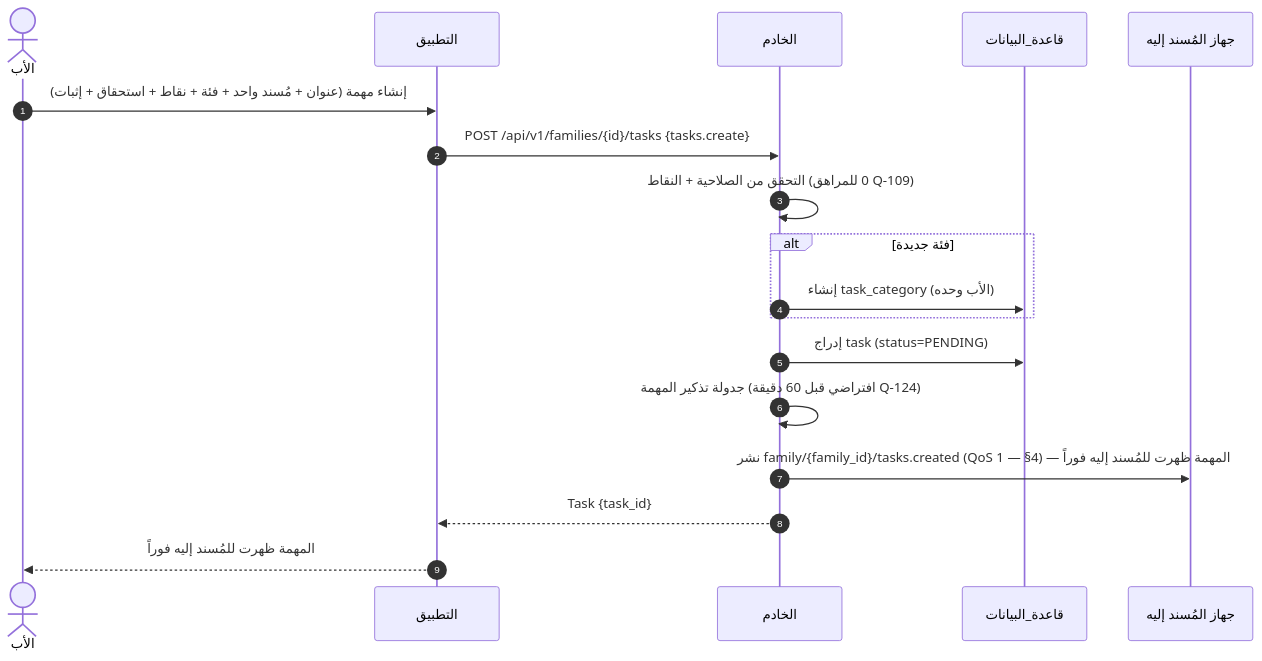
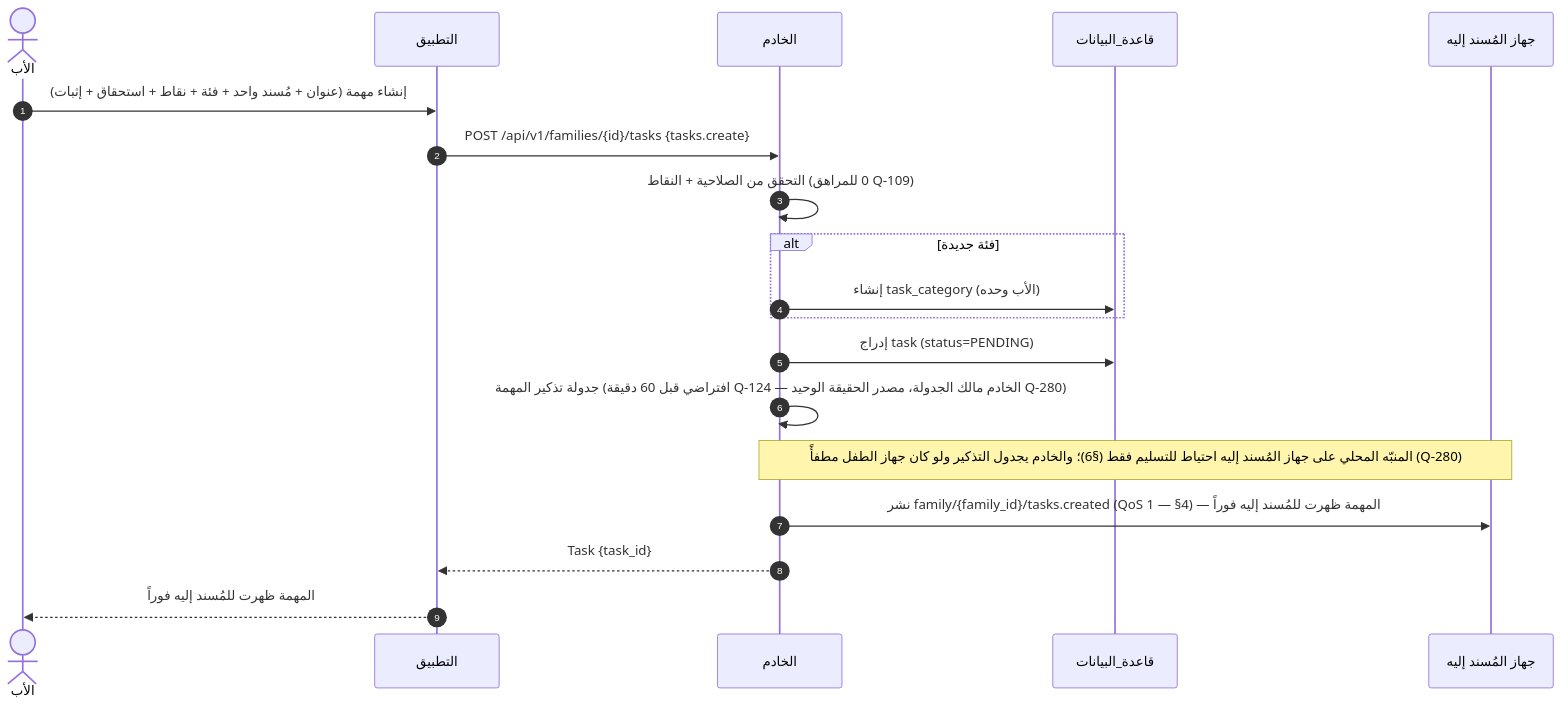
One commit to Bassam-mohammed-alqaeadi/family-os-v2 changed the third of 12 diagrams in docs/family-os/governance/phases/phase-1/S1-06-tasks-and-calendar/DIAGRAMS.md. Above: the diagram before and after it, drawn with Mermaid. The commit also changed other lines of this file and 1 other file, not shown here.

First line of the commit message:
S1-06: الخادم مالك جدولة التذكير (Q-280 — R2-S106-06)

````diff
--- a/docs/family-os/governance/phases/phase-1/S1-06-tasks-and-calendar/DIAGRAMS.md
+++ b/docs/family-os/governance/phases/phase-1/S1-06-tasks-and-calendar/DIAGRAMS.md
@@ -183,20 +183,21 @@
 ```mermaid
 sequenceDiagram
     autonumber
     actor Father as الأب
     participant App as التطبيق
     participant Ktor as الخادم
     participant DB as قاعدة_البيانات
     participant Assignee as جهاز المُسند إليه
     Father->>App: إنشاء مهمة (عنوان + مُسند واحد + فئة + نقاط + استحقاق + إثبات)
     App->>Ktor: POST /api/v1/families/{id}/tasks {tasks.create}
     Ktor->>Ktor: التحقق من الصلاحية + النقاط (0 للمراهق Q-109)
     alt فئة جديدة
         Ktor->>DB: إنشاء task_category (الأب وحده)
     end
     Ktor->>DB: إدراج task (status=PENDING)
-    Ktor->>Ktor: جدولة تذكير المهمة (افتراضي قبل 60 دقيقة Q-124)
+    Ktor->>Ktor: جدولة تذكير المهمة (افتراضي قبل 60 دقيقة Q-124 — الخادم مالك الجدولة، مصدر الحقيقة الوحيد Q-280)
+    Note over Ktor,Assignee: المنبّه المحلي على جهاز المُسند إليه احتياط للتسليم فقط (§6)؛ والخادم يجدول التذكير ولو كان جهاز الطفل مطفأً (Q-280)
     Ktor->>Assignee: نشر family/{family_id}/tasks.created (QoS 1 — §4) — المهمة ظهرت للمُسند إليه فوراً
     Ktor-->>App: Task {task_id}
     App-->>Father: المهمة ظهرت للمُسند إليه فوراً
 ```
````
